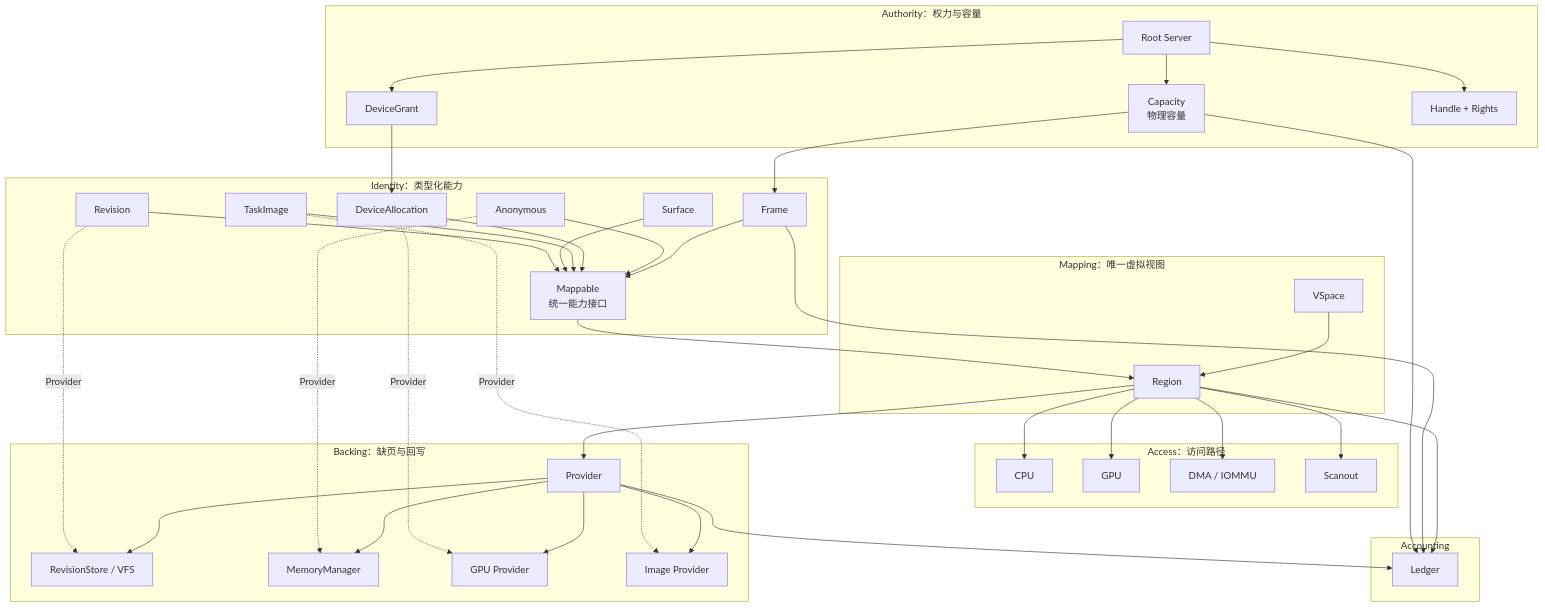
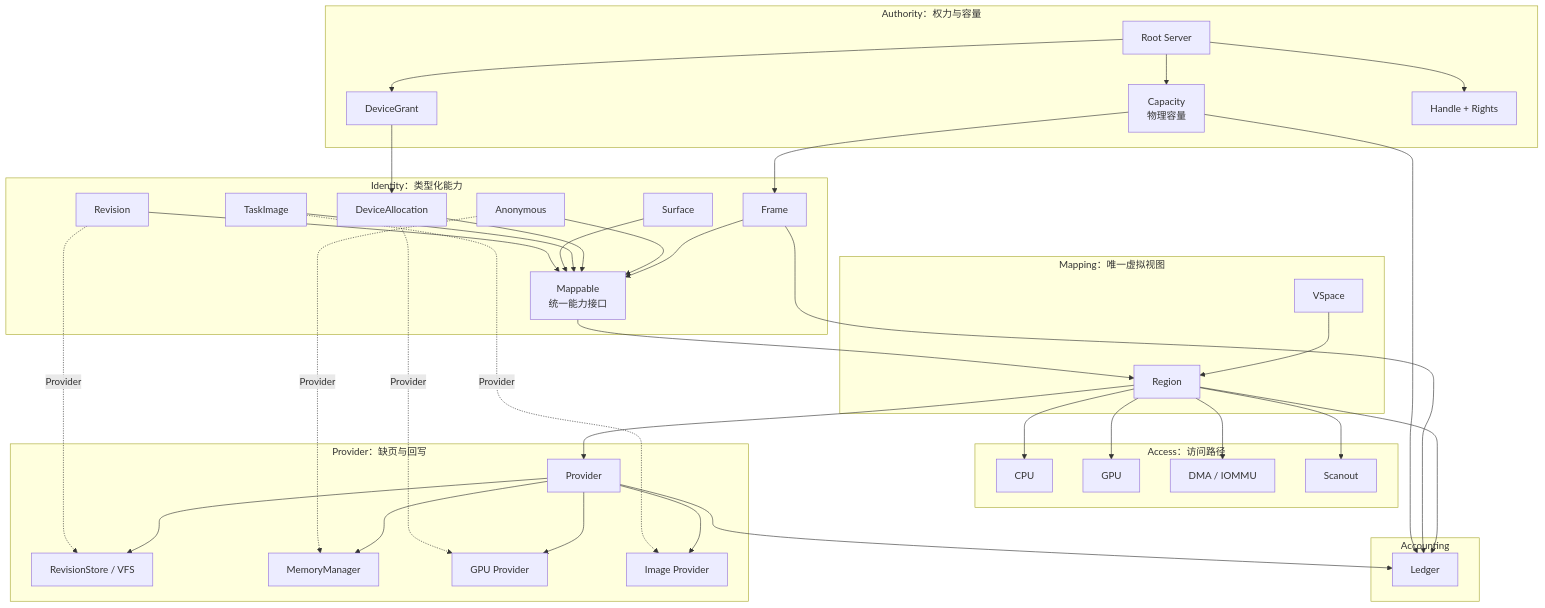
The first of 4 diagrams in docs/hmp.md (hongweifei/HolyKernel), drawn with Mermaid before and after one commit. The commit also changed other lines of this file and 7 other files, not shown here.

````diff
--- a/docs/hmp.md
+++ b/docs/hmp.md
@@ -65,79 +65,79 @@
 ```mermaid
 flowchart TB
   subgraph Authority["Authority：权力与容量"]
     Root["Root Server"]
     Capacity["Capacity<br/>物理容量"]
     Grant["DeviceGrant"]
     Handle["Handle + Rights"]
   end
 
   subgraph Identity["Identity：类型化能力"]
     Revision["Revision"]
     Surface["Surface"]
     TaskImage["TaskImage"]
     Device["DeviceAllocation"]
     Anonymous["Anonymous"]
     Frame["Frame"]
     Mappable["Mappable<br/>统一能力接口"]
   end
 
   subgraph Mapping["Mapping：唯一虚拟视图"]
     VSpace["VSpace"]
     Region["Region"]
   end
 
   subgraph Access["Access：访问路径"]
     CPU["CPU"]
     GPU["GPU"]
     DMA["DMA / IOMMU"]
     Scanout["Scanout"]
   end
 
-  subgraph Backing["Backing：缺页与回写"]
+  subgraph ProviderLayer["Provider：缺页与回写"]
     Provider["Provider"]
     RevisionStore["RevisionStore / VFS"]
     MemMgr["MemoryManager"]
     GpuProvider["GPU Provider"]
     ImageProvider["Image Provider"]
   end
 
   subgraph Accounting["Accounting"]
     Ledger["Ledger"]
   end
 
   Root --> Capacity
   Root --> Grant
   Root --> Handle
   Capacity --> Frame
   Grant --> Device
 
   Revision --> Mappable
   Surface --> Mappable
   TaskImage --> Mappable
   Device --> Mappable
   Anonymous --> Mappable
   Frame --> Mappable
   Mappable --> Region
   VSpace --> Region
 
   Region --> CPU
   Region --> GPU
   Region --> DMA
   Region --> Scanout
 
   Revision -.->|Provider| RevisionStore
   Anonymous -.->|Provider| MemMgr
   Device -.->|Provider| GpuProvider
   TaskImage -.->|Provider| ImageProvider
 
   Region --> Provider
   Provider --> RevisionStore
   Provider --> MemMgr
   Provider --> GpuProvider
   Provider --> ImageProvider
 
   Capacity --> Ledger
   Frame --> Ledger
   Region --> Ledger
   Provider --> Ledger
 ```
````
